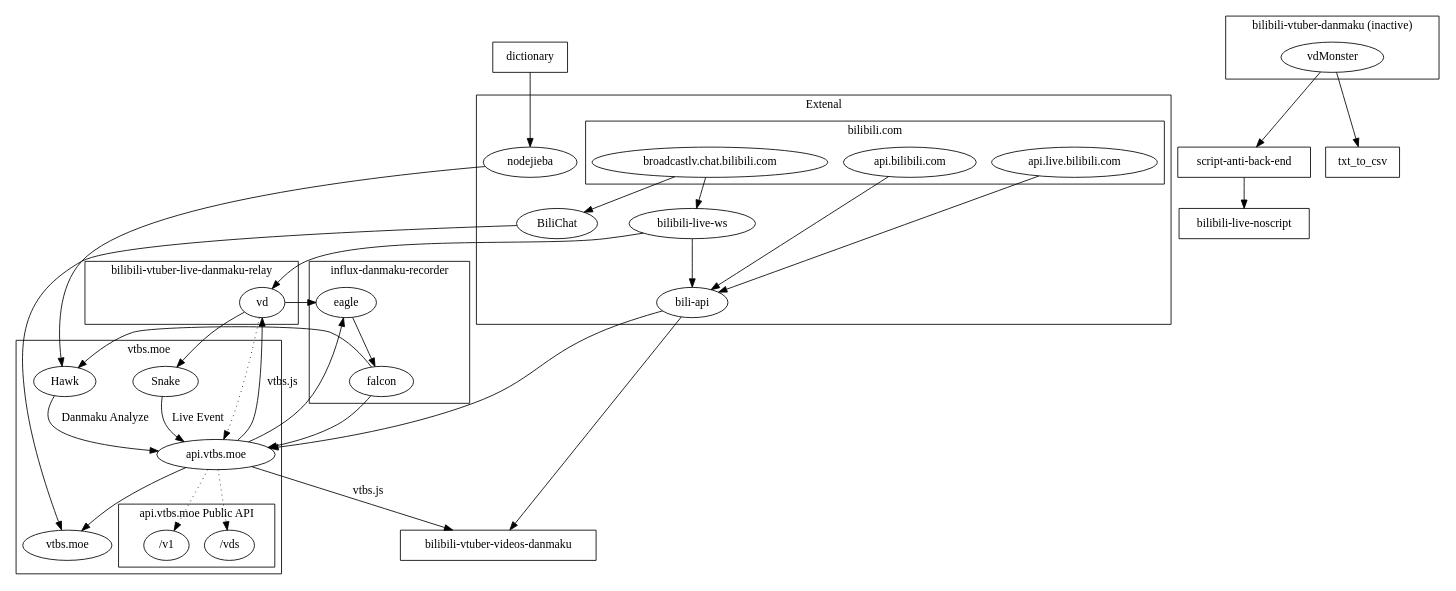
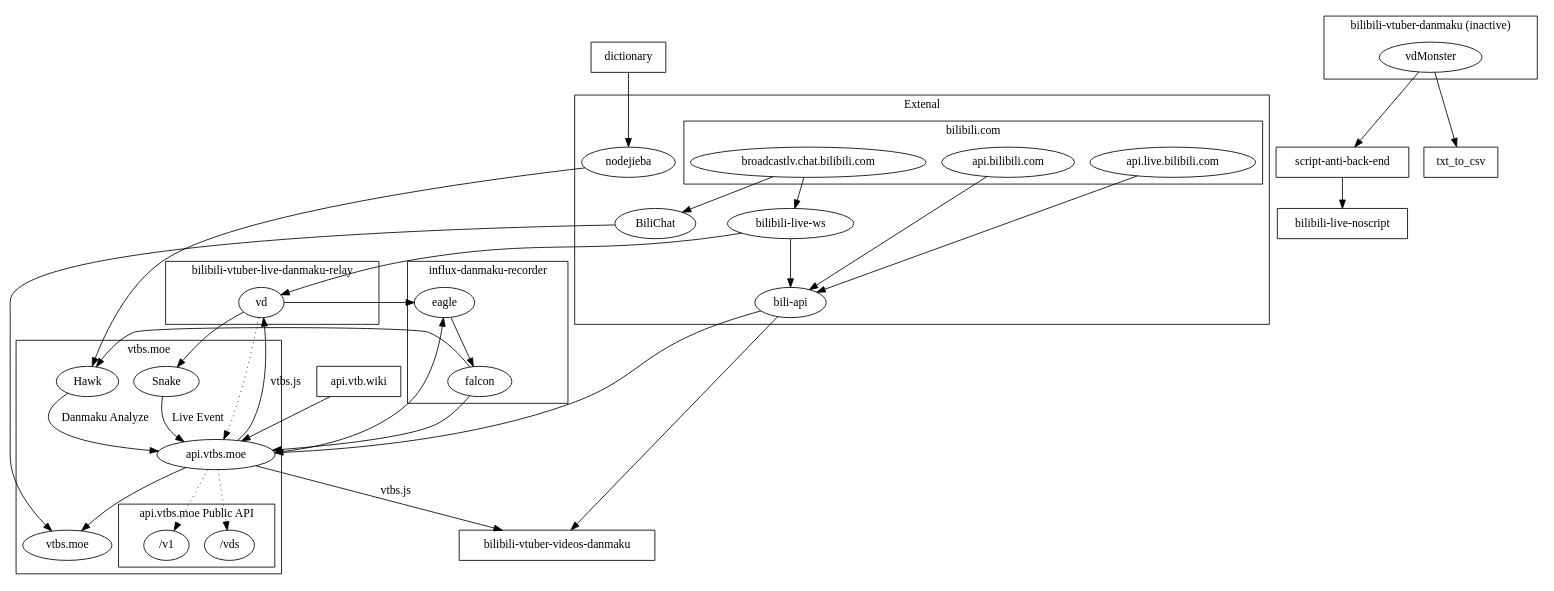
Before and after one commit to dd-center/dd-center.github.io: the diagram in dependency.dot, drawn with Graphviz. The commit also changed 1 other file, not shown here.

Commit message:
api.vtb.wiki

```diff
--- a/dependency.dot
+++ b/dependency.dot
@@ -1,76 +1,78 @@
 digraph {
 	dictionary [shape=box];
 	txt_to_csv [shape=box];
 	"bilibili-live-noscript" [shape=box];
 	"bilibili-vtuber-videos-danmaku" [shape=box];
 	"script-anti-back-end" [shape=box];
+	"api.vtb.wiki" [shape=box];
 	/* "danmaku-analyze"; */
 	subgraph "cluster_bilibili_package" {
 		label = "Extenal";
 		"bili-api";
 		"bilibili-live-ws";
 		BiliChat;
 		nodejieba;
 		subgraph "cluster_bilibili-" {
 			label = "bilibili.com";
 			"api.bilibili.com";
 			"api.live.bilibili.com";
 			"broadcastlv.chat.bilibili.com";
 		}
 	}
 	subgraph "cluster_vtbs.moe" {
 		label="vtbs.moe";
 		"api.vtbs.moe";
 		Hawk;
 		Snake;
 		Snake -> "api.vtbs.moe"  [ label = "Live Event" ];
 		Hawk -> "api.vtbs.moe" [ label = "Danmaku Analyze" ];
 		"api.vtbs.moe" -> "vtbs.moe"
 		subgraph "cluster_open_api" {
 			label = "api.vtbs.moe Public API";
 			"/v1";
 			"/vds";
 		}
 	}
 
 	subgraph "cluster_bilibili-vtuber-danmaku" {
 		label = "bilibili-vtuber-danmaku (inactive)";
 		vdMonster;
 	}
 
 	subgraph "cluster_bilibili-vtuber-danmaku-relay" {
 		label = "bilibili-vtuber-live-danmaku-relay";
 		vd;
 	}
 
 	subgraph "cluster_influx-bilibili-vtuber-danmaku" {
 		label = "influx-danmaku-recorder";
 		eagle;
 		falcon;
 		/* eagle -> influxDB -> falcon; */
 		eagle -> falcon;
 	}
 
 	"api.bilibili.com" -> "bili-api";
 	"api.live.bilibili.com" -> "bili-api";
 	"bilibili-live-ws" -> "bili-api" -> "api.vtbs.moe";
 	"broadcastlv.chat.bilibili.com" -> "bilibili-live-ws" -> vd;
 	"api.vtbs.moe" -> vd [ label = "vtbs.js" ];
 	"api.vtbs.moe" -> "bilibili-vtuber-videos-danmaku" [ label = "vtbs.js" ];
 	"bili-api" -> "bilibili-vtuber-videos-danmaku";
 	vd -> Snake;
 	vd -> eagle;
 	"api.vtbs.moe" -> eagle;
+	"api.vtb.wiki" -> "api.vtbs.moe";
 
 	dictionary -> nodejieba;
 	falcon -> Hawk;
 	falcon -> "api.vtbs.moe";
 	nodejieba -> Hawk;
 	vdMonster -> "script-anti-back-end" -> "bilibili-live-noscript";
 	vdMonster -> txt_to_csv
 	"broadcastlv.chat.bilibili.com" -> BiliChat -> "vtbs.moe";
 
 	vd -> "api.vtbs.moe" [style=dotted];
 	"api.vtbs.moe" -> "/v1" [style=dotted];
 	"api.vtbs.moe" -> "/vds" [style=dotted];
 }
```
